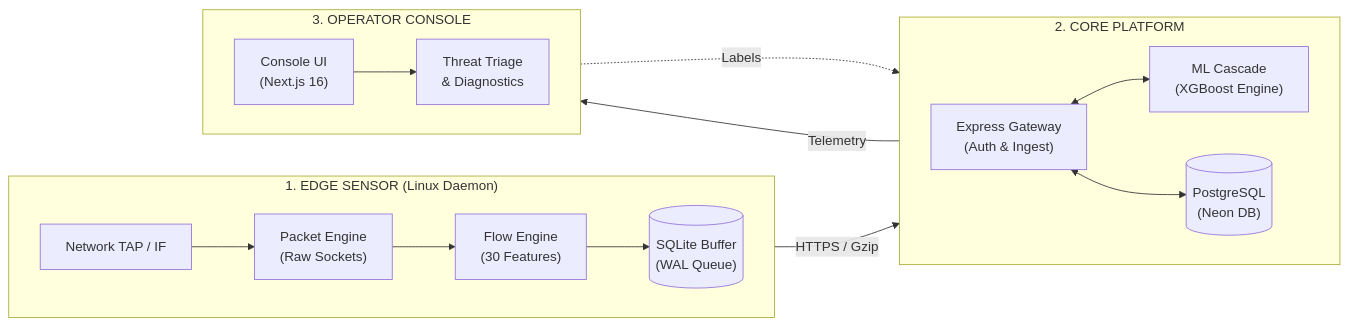
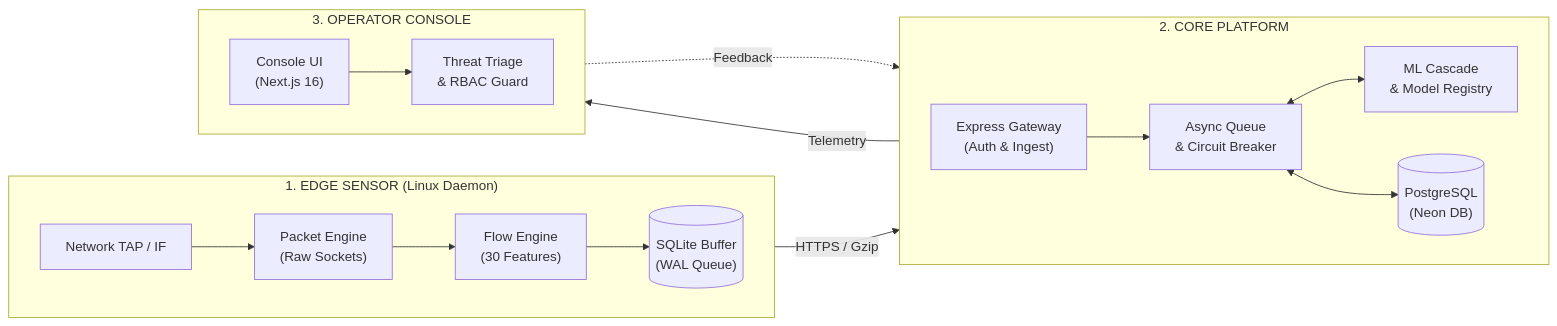
The diagram in README.md (Sambit-Kumar-Mohanty-26/Kairo), drawn with Mermaid before and after one commit. The commit also changed other lines of this file and 4 other files, not shown here.

````diff
--- a/README.md
+++ b/README.md
@@ -63,29 +65,31 @@
 ```mermaid
 graph LR
     subgraph SENSOR["1. EDGE SENSOR (Linux Daemon)"]
         direction LR
         TAP["Network TAP / IF"] --> CAP["Packet Engine\n(Raw Sockets)"]
         CAP --> FLOW["Flow Engine\n(30 Features)"]
         FLOW --> WAL[("SQLite Buffer\n(WAL Queue)")]
     end
 
     subgraph CORE["2. CORE PLATFORM"]
         direction LR
         API["Express Gateway\n(Auth & Ingest)"]
-        ML["ML Cascade\n(XGBoost Engine)"]
+        QUEUE["Async Queue\n& Circuit Breaker"]
+        ML["ML Cascade\n& Model Registry"]
         DB[("PostgreSQL\n(Neon DB)")]
-        API <--> ML
-        API <--> DB
+        API --> QUEUE
+        QUEUE <--> ML
+        QUEUE <--> DB
     end
 
     subgraph OPS["3. OPERATOR CONSOLE"]
         direction LR
         DASH["Console UI\n(Next.js 16)"]
-        TRIAGE["Threat Triage\n& Diagnostics"]
+        TRIAGE["Threat Triage\n& RBAC Guard"]
         DASH --> TRIAGE
     end
 
     WAL -->|"HTTPS / Gzip"| API
     API -->|"Telemetry"| DASH
-    TRIAGE -.->|"Labels"| DB
+    TRIAGE -.->|"Feedback"| DB
 ```
````
